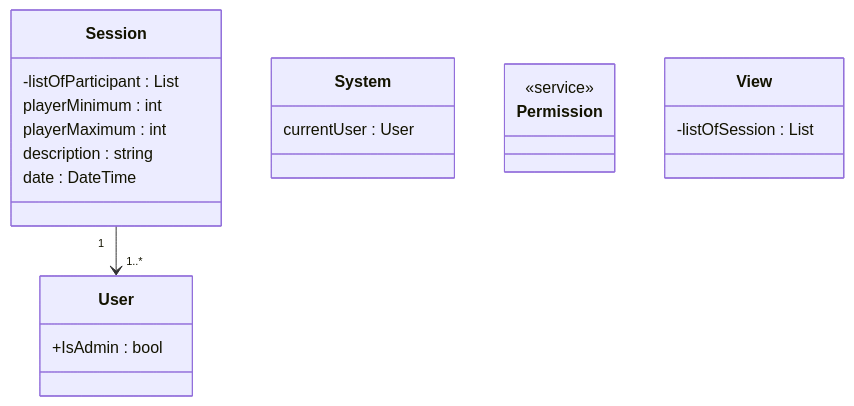
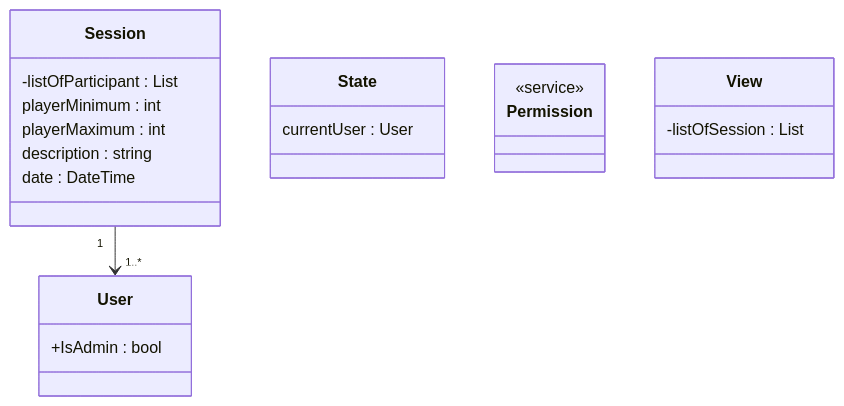
Before and after one commit to MatiasHeiberg/1.semesterprojekt: the third of 3 diagrams in 02 notes/Klassediagram.md, drawn with Mermaid.

````diff
--- a/02 notes/Klassediagram.md
+++ b/02 notes/Klassediagram.md
@@ -96,32 +96,32 @@
 ```mermaid
 classDiagram
 
 %% Class definitions
 class Session {
     -listOfParticipant : List<User>
 	playerMinimum : int 
 	playerMaximum : int
 	description : string
 	date : DateTime
 	
 }
 class User {
 	+IsAdmin : bool
 	
 }
-class System {
+class State {
 	currentUser : User
 }
 %% Serviceklasse til at håndtere rettigheds kald i systemmet.
 class Permission {
 	<<service>>
 }
 
 class View {
 	-listOfSession : List<Session>
 }
 %% Class relationships
 Session "1" --> "1..*" User
 
 
 ```
````
